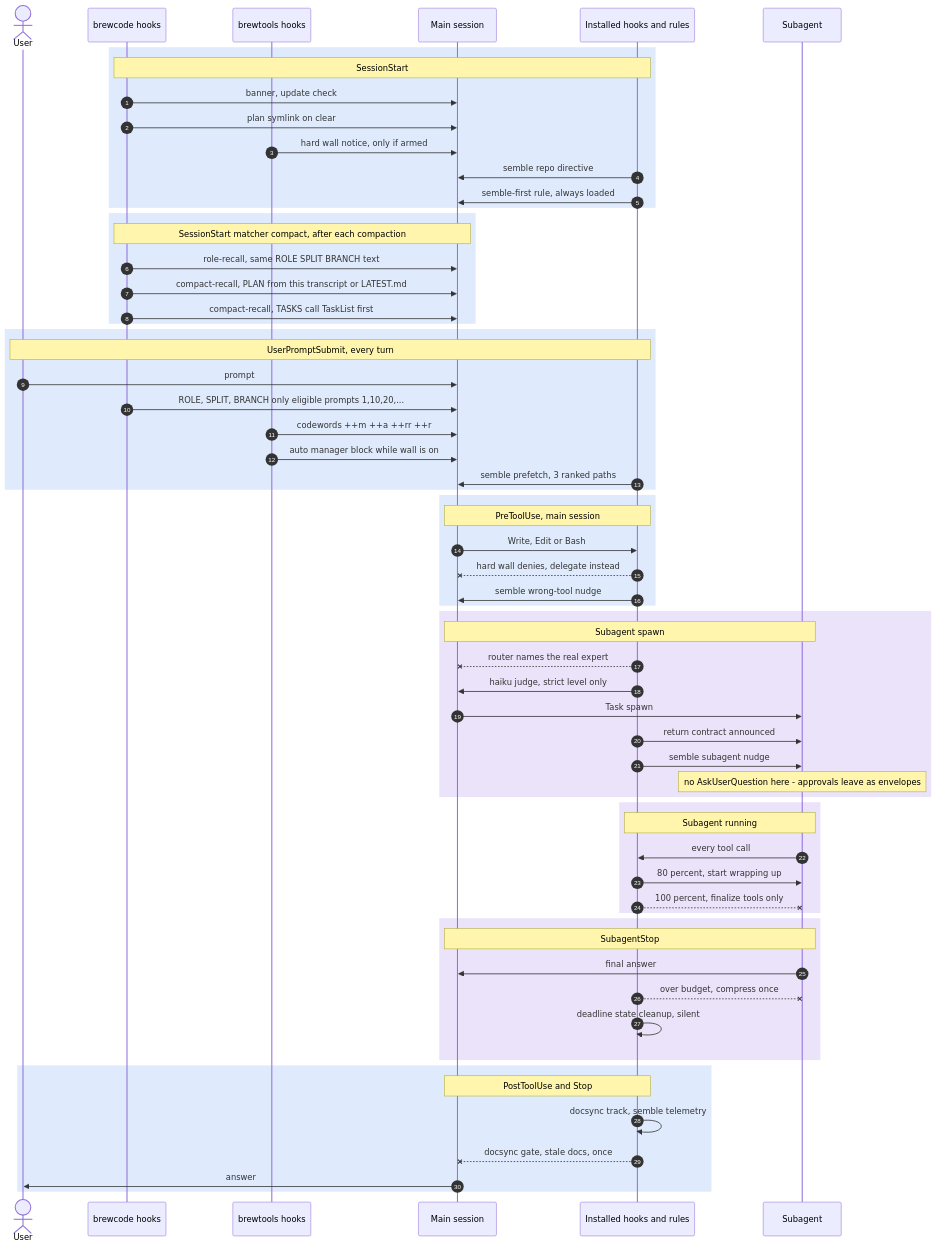
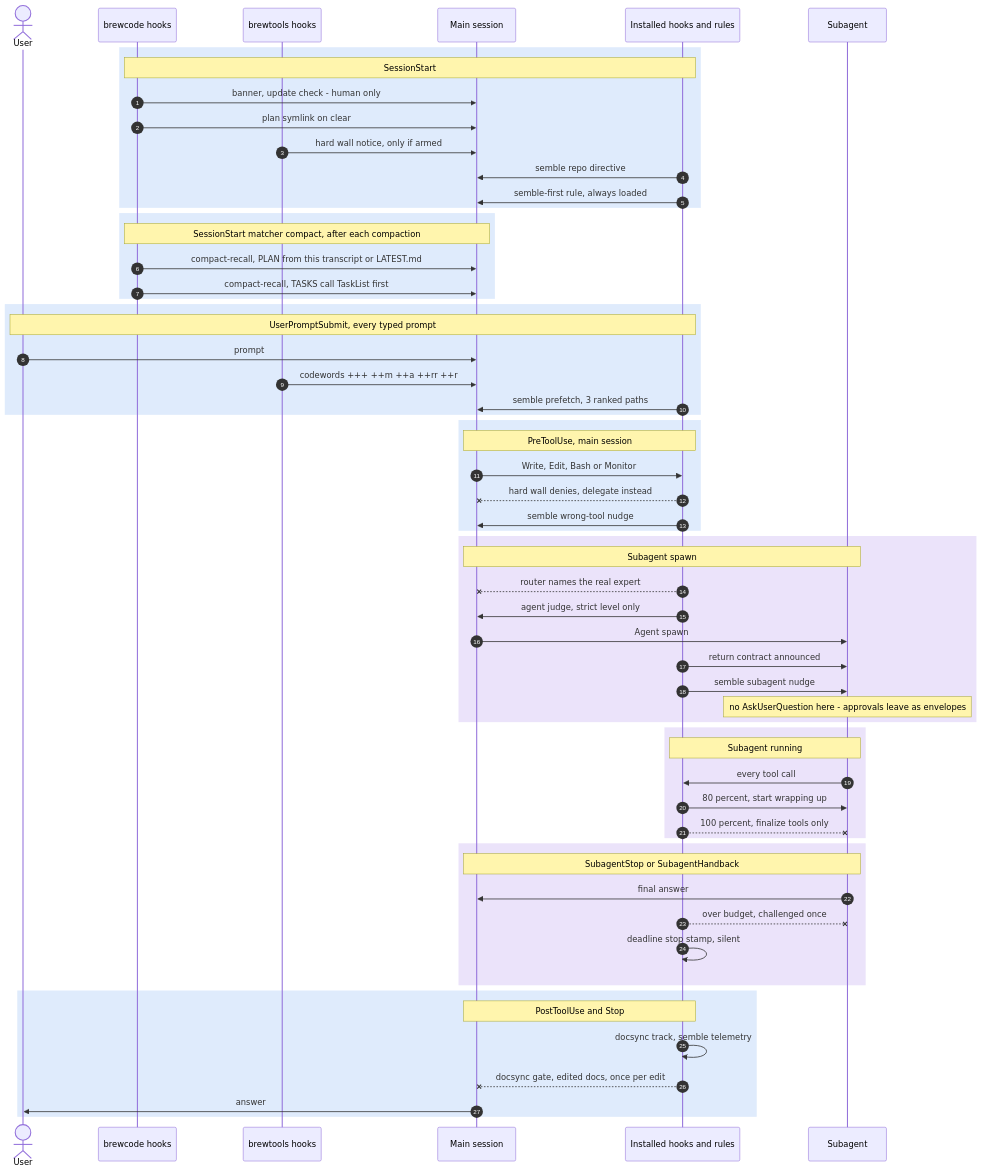
Before and after one commit to kochetkov-ma/claude-brewcode: the second of 2 diagrams in APPROACHES.md, drawn with Mermaid. The commit also changed other lines of this file and 304 other files, not shown here.

````diff
--- a/APPROACHES.md
+++ b/APPROACHES.md
@@ -176,73 +81,70 @@
 ```mermaid
 sequenceDiagram
   autonumber
   actor U as User
   participant BC as brewcode hooks
   participant BT as brewtools hooks
   participant MS as Main session
   participant PH as Installed hooks and rules
   participant SA as Subagent
 
   rect rgba(31,111,235,0.14)
     Note over BC,PH: SessionStart
-    BC->>MS: banner, update check
+    BC->>MS: banner, update check - human only
     BC->>MS: plan symlink on clear
     BT->>MS: hard wall notice, only if armed
     PH->>MS: semble repo directive
     PH->>MS: semble-first rule, always loaded
   end
 
   rect rgba(31,111,235,0.14)
     Note over BC,MS: SessionStart matcher compact, after each compaction
-    BC->>MS: role-recall, same ROLE SPLIT BRANCH text
     BC->>MS: compact-recall, PLAN from this transcript or LATEST.md
     BC->>MS: compact-recall, TASKS call TaskList first
   end
 
   rect rgba(31,111,235,0.14)
-    Note over U,PH: UserPromptSubmit, every turn
+    Note over U,PH: UserPromptSubmit, every typed prompt
     U->>MS: prompt
-    BC->>MS: ROLE, SPLIT, BRANCH only eligible prompts 1,10,20,...
-    BT->>MS: codewords ++m ++a ++rr ++r
-    BT->>MS: auto manager block while wall is on
+    BT->>MS: codewords +++ ++m ++a ++rr ++r
     PH->>MS: semble prefetch, 3 ranked paths
   end
 
   rect rgba(31,111,235,0.14)
     Note over MS,PH: PreToolUse, main session
-    MS->>PH: Write, Edit or Bash
+    MS->>PH: Write, Edit, Bash or Monitor
     PH--xMS: hard wall denies, delegate instead
     PH->>MS: semble wrong-tool nudge
   end
 
   rect rgba(130,80,223,0.16)
     Note over MS,SA: Subagent spawn
     PH--xMS: router names the real expert
-    PH->>MS: haiku judge, strict level only
-    MS->>SA: Task spawn
+    PH->>MS: agent judge, strict level only
+    MS->>SA: Agent spawn
     PH->>SA: return contract announced
     PH->>SA: semble subagent nudge
     Note over SA: no AskUserQuestion here - approvals leave as envelopes
   end
 
   rect rgba(130,80,223,0.16)
     Note over PH,SA: Subagent running
     SA->>PH: every tool call
     PH->>SA: 80 percent, start wrapping up
     PH--xSA: 100 percent, finalize tools only
   end
 
   rect rgba(130,80,223,0.16)
-    Note over MS,SA: SubagentStop
+    Note over MS,SA: SubagentStop or SubagentHandback
     SA->>MS: final answer
-    PH--xSA: over budget, compress once
-    PH->>PH: deadline state cleanup, silent
+    PH--xSA: over budget, challenged once
+    PH->>PH: deadline stop stamp, silent
   end
 
   rect rgba(31,111,235,0.14)
     Note over MS,PH: PostToolUse and Stop
     PH->>PH: docsync track, semble telemetry
-    PH--xMS: docsync gate, stale docs, once
+    PH--xMS: docsync gate, edited docs, once per edit
     MS->>U: answer
   end
 ```
````
